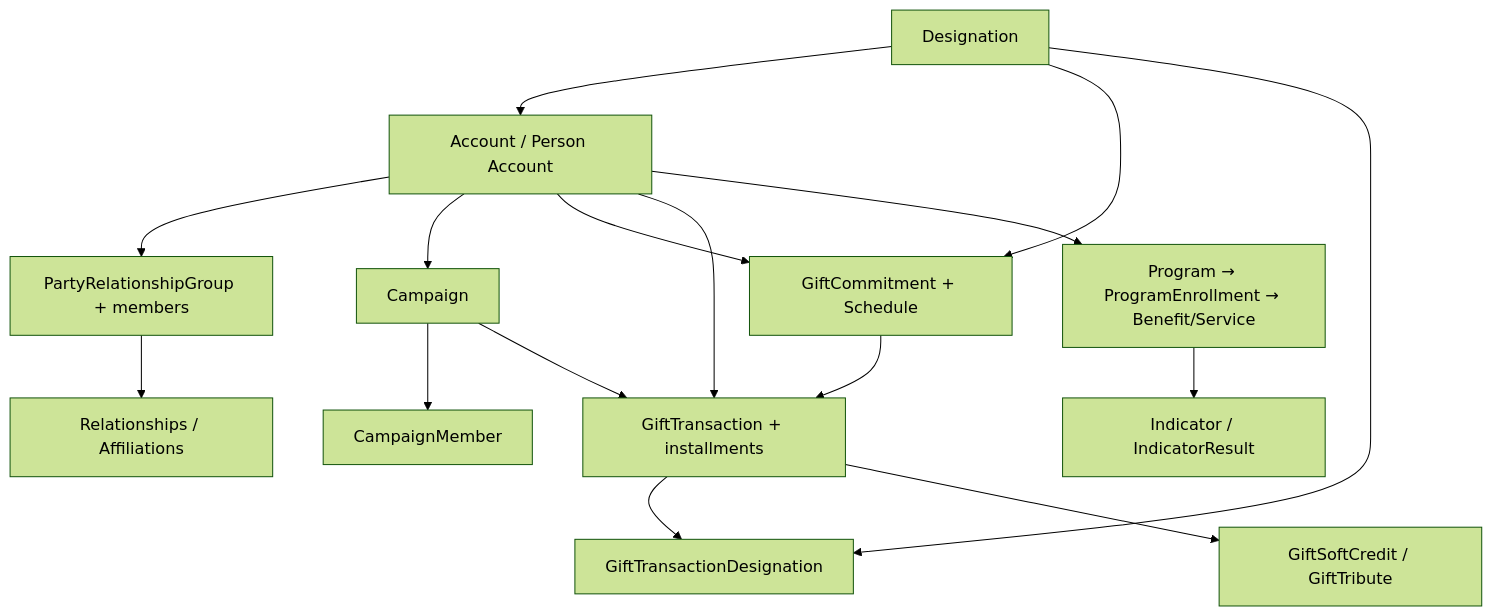
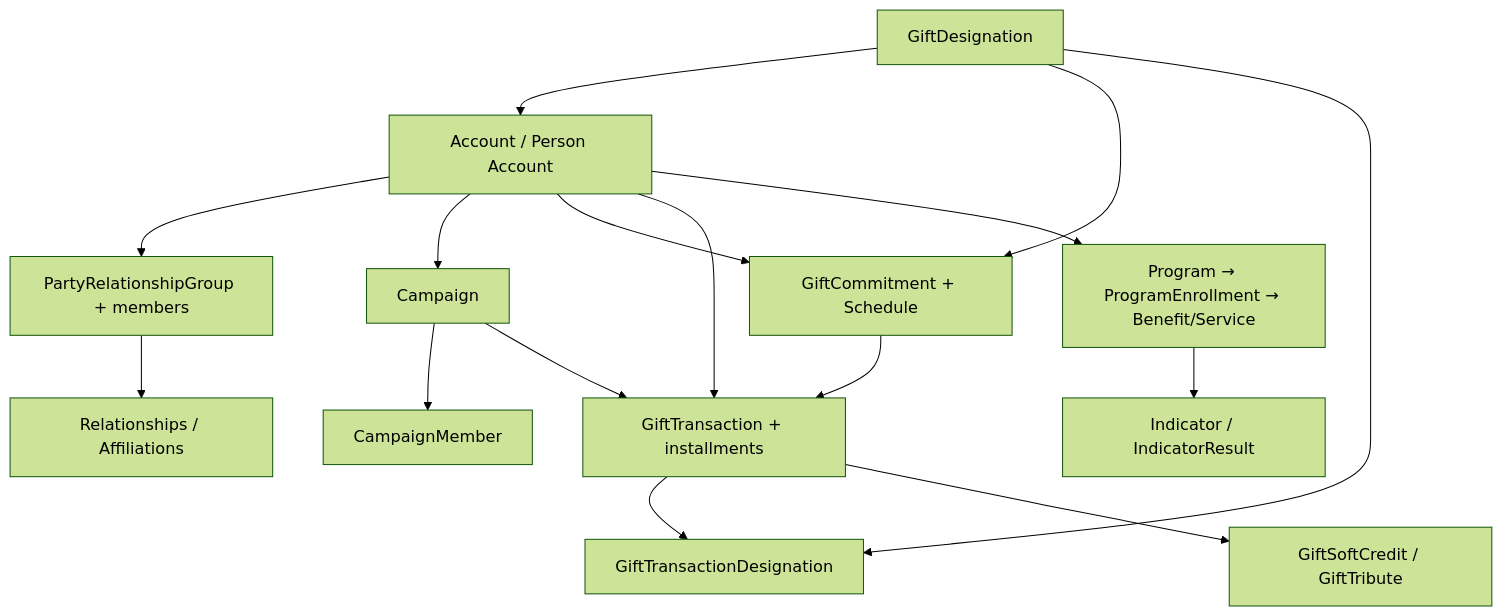
One commit to abhinav-tomar-251/openncp changed the diagram in docs/05-data-model-mapping.md. Above: the diagram before and after it, drawn with Mermaid (forest theme). The commit also changed other lines of this file and 52 other files, not shown here.

````diff
--- a/docs/05-data-model-mapping.md
+++ b/docs/05-data-model-mapping.md
@@ -154,18 +161,18 @@
 ```mermaid
 flowchart TD
-    D[Designation] --> PA[Account / Person Account]
+    D[GiftDesignation] --> PA[Account / Person Account]
     PA --> PRG[PartyRelationshipGroup + members]
     PRG --> REL[Relationships / Affiliations]
     PA --> CMP[Campaign]
     CMP --> CM[CampaignMember]
     D --> GC[GiftCommitment + Schedule]
     PA --> GC
     GC --> GT[GiftTransaction + installments]
     PA --> GT
     CMP --> GT
     GT --> GTD[GiftTransactionDesignation]
     D --> GTD
     GT --> SC[GiftSoftCredit / GiftTribute]
     PA --> PROG[Program → ProgramEnrollment → Benefit/Service]
     PROG --> IND[Indicator / IndicatorResult]
 ```
````
